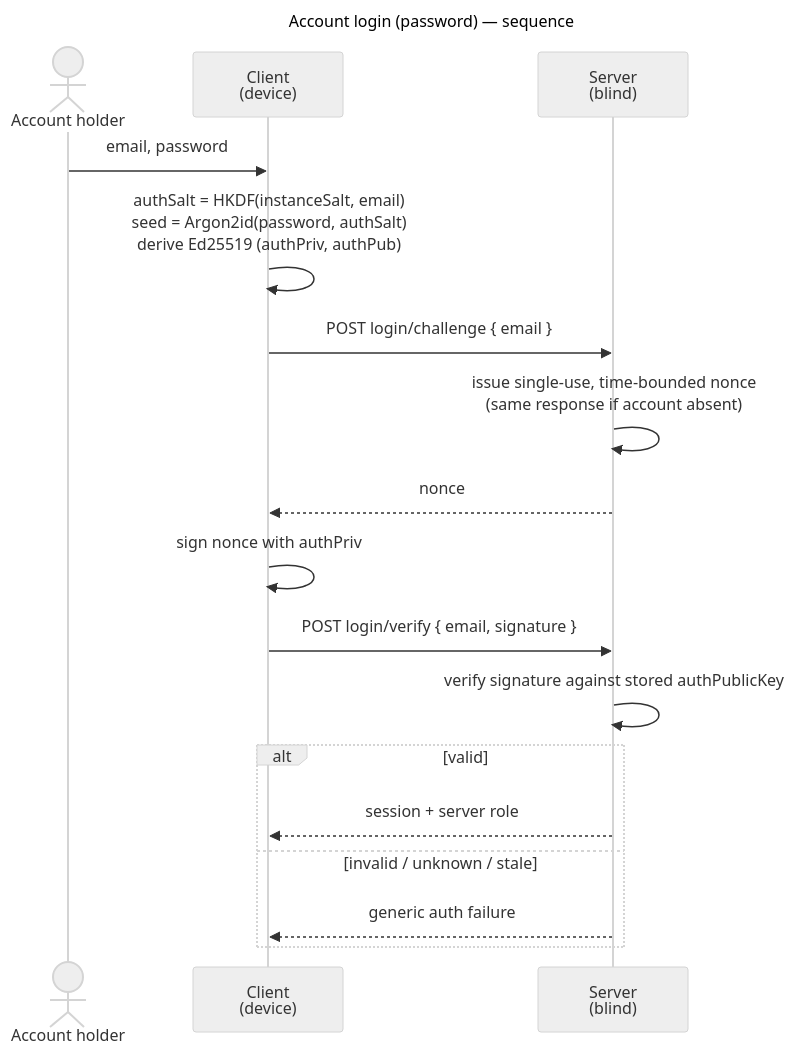
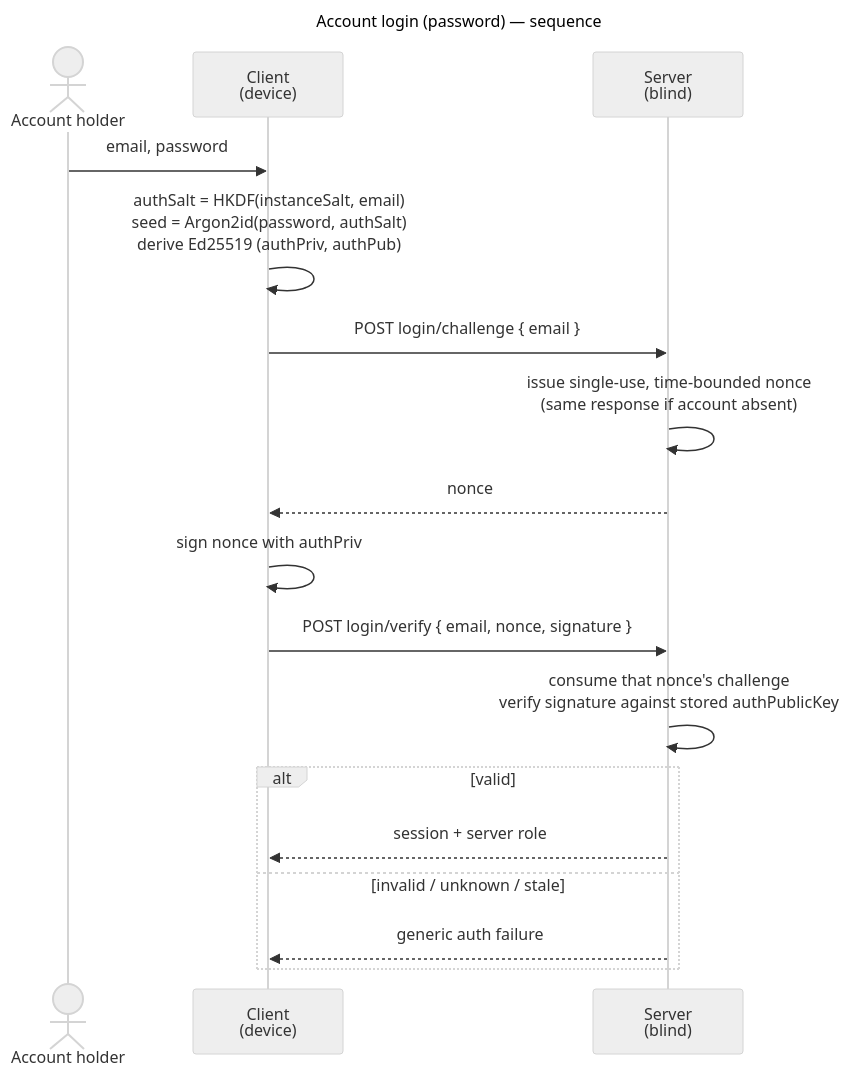
The first of 2 diagrams in docs/features/account/use-cases/uc.account.login.md (raddatzk/veyq), drawn with Mermaid (neutral theme) before and after one commit. The commit also changed other lines of this file and 5 other files, not shown here.

````diff
--- a/docs/features/account/use-cases/uc.account.login.md
+++ b/docs/features/account/use-cases/uc.account.login.md
@@ -28,22 +31,22 @@
 ```mermaid
 ---
 title: Account login (password) — sequence
 ---
 sequenceDiagram
   actor U as Account holder
   participant C as Client<br>(device)
   participant S as Server<br>(blind)
   U->>C: email, password
   C->>C: authSalt = HKDF(instanceSalt, email)<br>seed = Argon2id(password, authSalt)<br>derive Ed25519 (authPriv, authPub)
   C->>S: POST login/challenge { email }
   S->>S: issue single-use, time-bounded nonce<br>(same response if account absent)
   S-->>C: nonce
   C->>C: sign nonce with authPriv
-  C->>S: POST login/verify { email, signature }
-  S->>S: verify signature against stored authPublicKey
+  C->>S: POST login/verify { email, nonce, signature }
+  S->>S: consume that nonce's challenge<br>verify signature against stored authPublicKey
   alt valid
   S-->>C: session + server role
   else invalid / unknown / stale
   S-->>C: generic auth failure
   end
 ```
````
